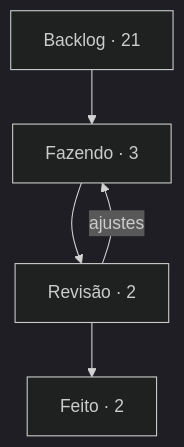
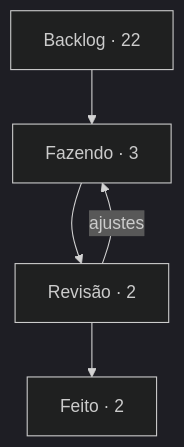
The diagram in boards/dungeon-bend/BOARD.md (StudioVibi/VibiKanban), drawn with Mermaid (dark theme) before and after one commit. The commit also changed other lines of this file and 2 other files, not shown here.

````diff
--- a/boards/dungeon-bend/BOARD.md
+++ b/boards/dungeon-bend/BOARD.md
@@ -5,10 +5,10 @@
 ```mermaid
 flowchart TD
-  backlog["Backlog · 21"] --> doing["Fazendo · 3"]
+  backlog["Backlog · 22"] --> doing["Fazendo · 3"]
   doing --> review["Revisão · 2"]
   review --> done["Feito · 2"]
   review -->|ajustes| doing
   doing:::blue
   review:::yellow
   done:::green
 ```
````
